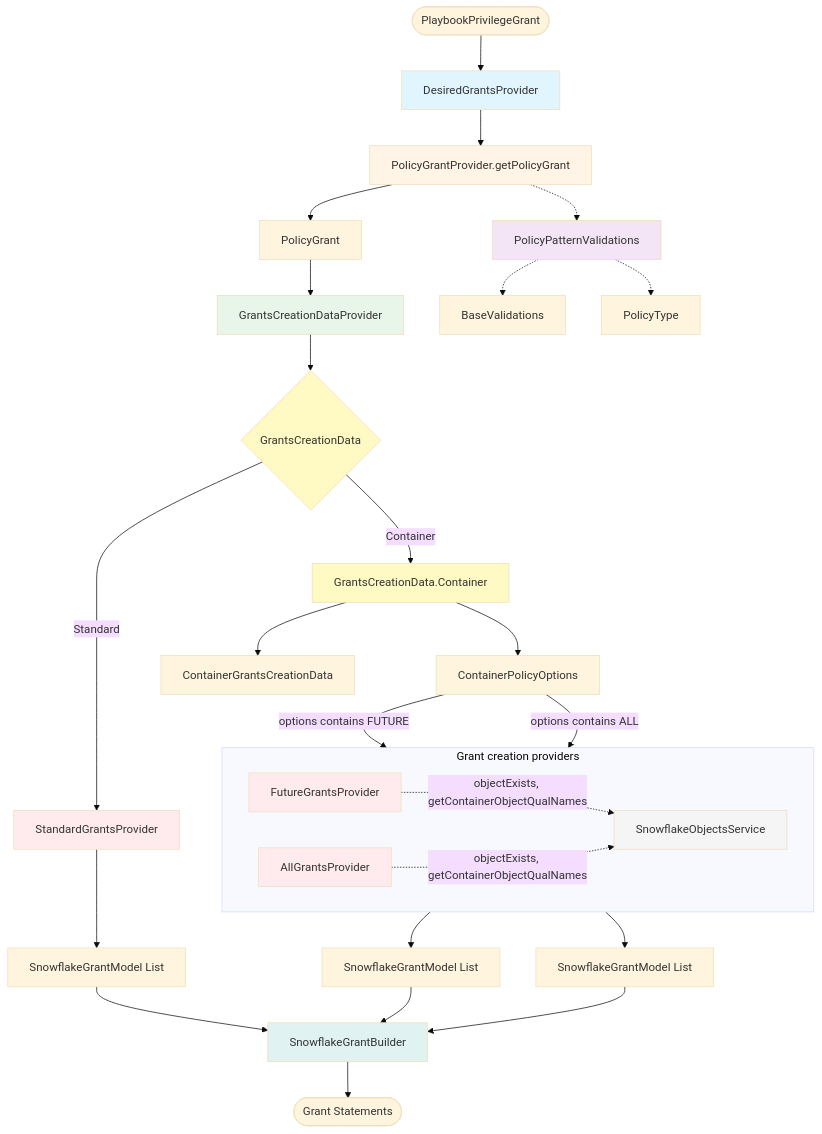
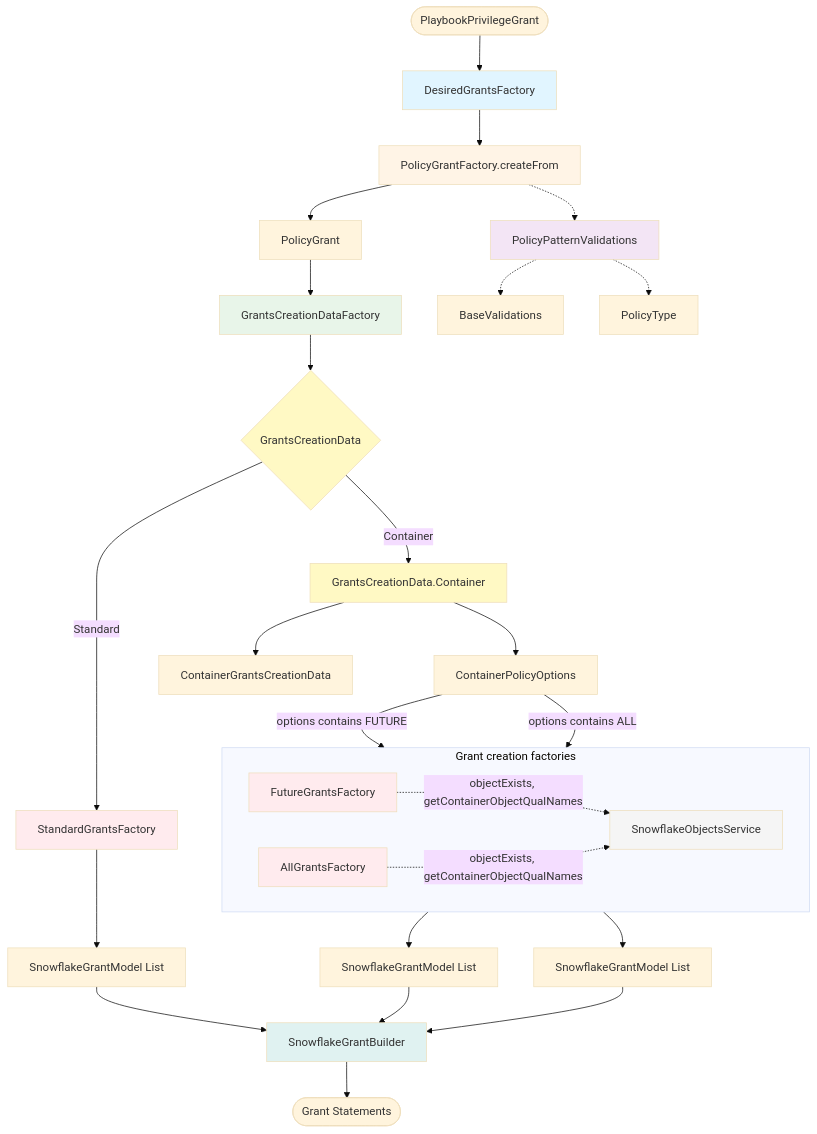
The diagram in docs/diagrams/grant-desired-create.md (zoom/zoom-data-fence), drawn with Mermaid (base theme) before and after one commit. The commit also changed other lines of this file and 15 other files, not shown here.

First line of the commit message:
Rename Providers to Factories in grant.desired package

````diff
--- a/docs/diagrams/grant-desired-create.md
+++ b/docs/diagrams/grant-desired-create.md
@@ -15,52 +15,52 @@
 ```mermaid
 flowchart TD
-    Start([PlaybookPrivilegeGrant]) --> DGP[DesiredGrantsProvider]
+    Start([PlaybookPrivilegeGrant]) --> DGP[DesiredGrantsFactory]
     
-    DGP --> PGC[PolicyGrantProvider.getPolicyGrant]
+    DGP --> PGC[PolicyGrantFactory.createFrom]
     PGC --> PG[PolicyGrant]
     
     PGC -.-> PPV[PolicyPatternValidations]
     PPV -.-> BV[BaseValidations]
     PPV -.-> RPP[PolicyType]
     
-    PG --> GCDP[GrantsCreationDataProvider]
+    PG --> GCDP[GrantsCreationDataFactory]
     GCDP --> GCD{GrantsCreationData}
     
-    GCD -->|Standard| SGP[StandardGrantsProvider]
+    GCD -->|Standard| SGP[StandardGrantsFactory]
     GCD -->|Container| CGD[GrantsCreationData.Container]
     
     CGD --> CGDATA[ContainerGrantsCreationData]
     CGD --> CPO[ContainerPolicyOptions]
     
-    subgraph providers [Grant creation providers]
+    subgraph factories [Grant creation factories]
         direction LR
-        FGP[FutureGrantsProvider]
-        AGP[AllGrantsProvider]
+        FGP[FutureGrantsFactory]
+        AGP[AllGrantsFactory]
         SOS[SnowflakeObjectsService]
     end
     CPO -->|options contains FUTURE| FGP
     CPO -->|options contains ALL| AGP
     FGP -.->|objectExists, getContainerObjectQualNames| SOS
     AGP -.->|objectExists, getContainerObjectQualNames| SOS
     
     SGP --> SGM[SnowflakeGrantModel List]
     FGP --> FGM[SnowflakeGrantModel List]
     AGP --> AGM[SnowflakeGrantModel List]
     SGM --> SGB[SnowflakeGrantBuilder]
     FGM --> SGB
     AGM --> SGB
     
     SGB --> End([Grant Statements])
     
     style DGP fill:#e1f5ff
     style PGC fill:#fff4e6
     style PPV fill:#f3e5f5
     style GCDP fill:#e8f5e9
     style GCD fill:#fff9c4
     style CGD fill:#fff9c4
     style SGP fill:#ffebee
     style FGP fill:#ffebee
     style AGP fill:#ffebee
     style SGB fill:#e0f2f1
     style SOS fill:#f5f5f5
 ```
````
